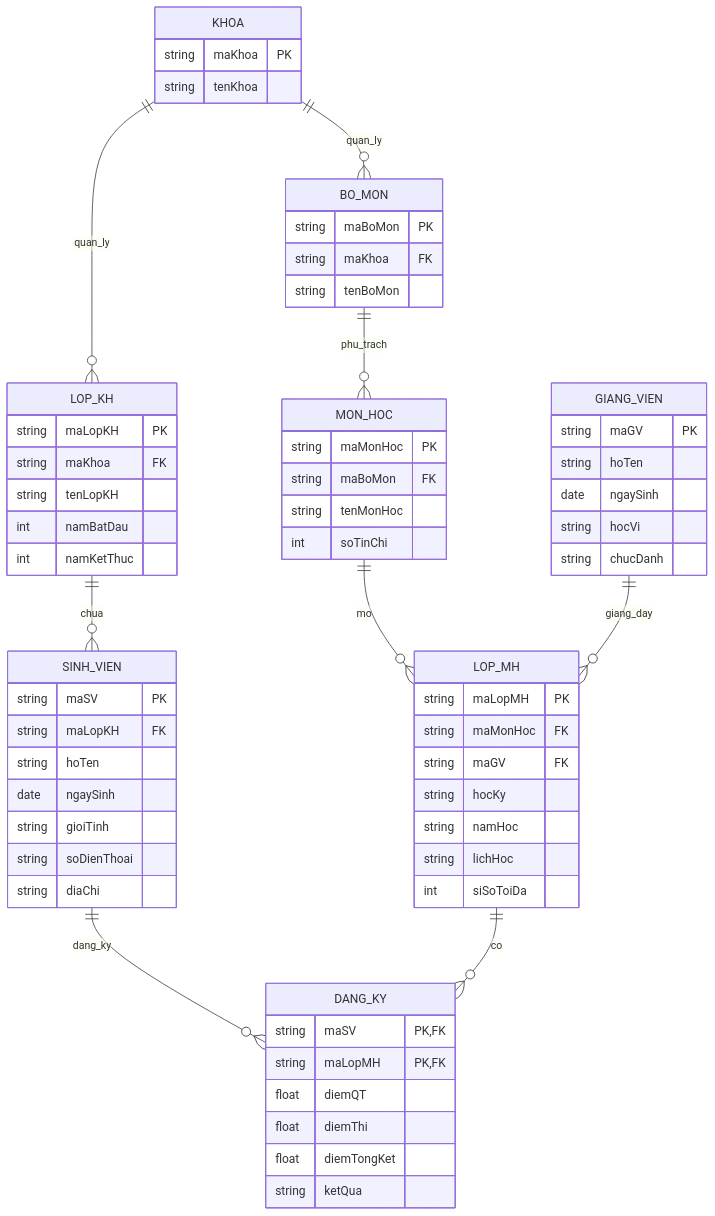
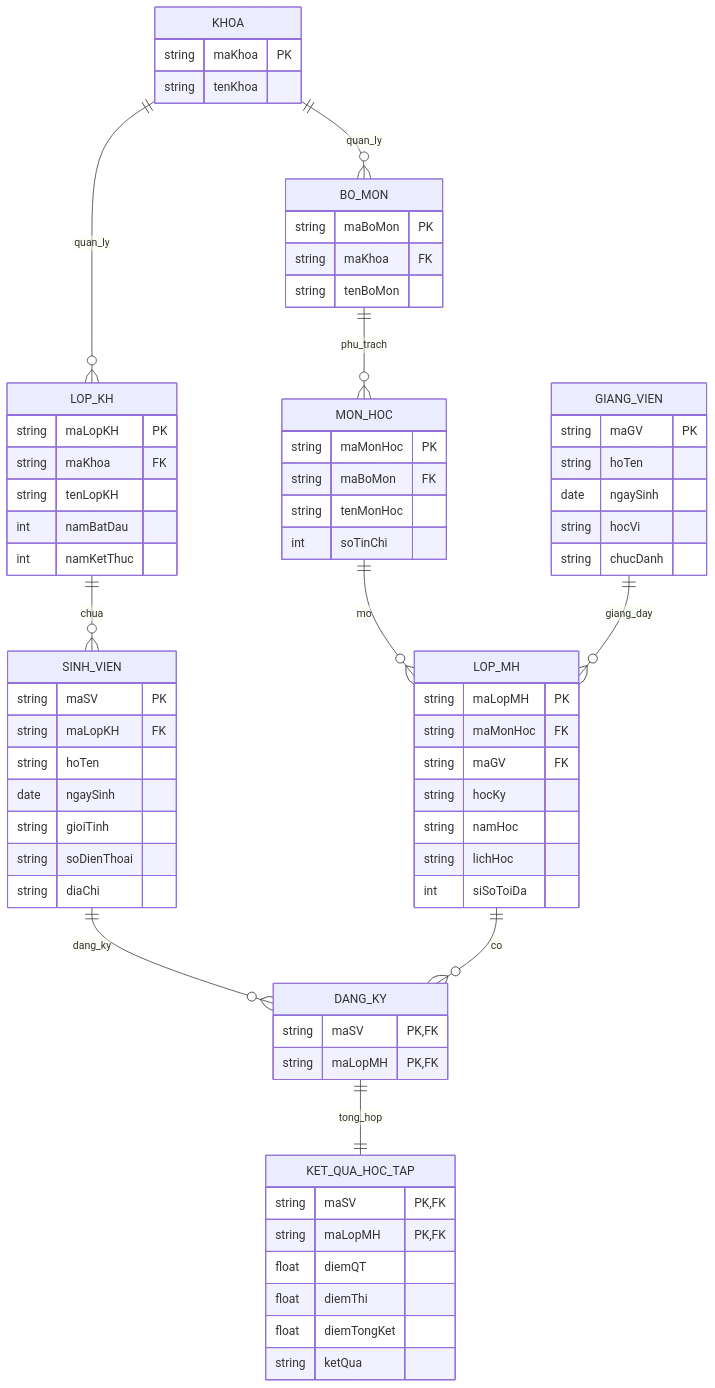
One commit to 0023413684-crypto/quan-ly-sinh-vien changed the diagram in README.md. Above: the diagram before and after it, drawn with Mermaid.

````diff
--- a/README.md
+++ b/README.md
@@ -1,74 +1,80 @@
 ```mermaid
   erDiagram
     KHOA ||--o{ BO_MON : quan_ly
     KHOA ||--o{ LOP_KH : quan_ly
     BO_MON ||--o{ MON_HOC : phu_trach
     LOP_KH ||--o{ SINH_VIEN : chua
     MON_HOC ||--o{ LOP_MH : mo
     GIANG_VIEN ||--o{ LOP_MH : giang_day
     SINH_VIEN ||--o{ DANG_KY : dang_ky
     LOP_MH ||--o{ DANG_KY : co
+    DANG_KY ||--|| KET_QUA_HOC_TAP : tong_hop
 
     KHOA {
         string maKhoa PK
         string tenKhoa
     }
 
     BO_MON {
         string maBoMon PK
         string maKhoa FK
         string tenBoMon
     }
 
     LOP_KH {
         string maLopKH PK
         string maKhoa FK
         string tenLopKH
         int namBatDau
         int namKetThuc
     }
 
     MON_HOC {
         string maMonHoc PK
         string maBoMon FK
         string tenMonHoc
         int soTinChi
     }
 
     SINH_VIEN {
         string maSV PK
         string maLopKH FK
         string hoTen
         date ngaySinh
         string gioiTinh
         string soDienThoai
         string diaChi
     }
 
     GIANG_VIEN {
         string maGV PK
         string hoTen
         date ngaySinh
         string hocVi
         string chucDanh
     }
 
     LOP_MH {
         string maLopMH PK
         string maMonHoc FK
         string maGV FK
         string hocKy
         string namHoc
         string lichHoc
         int siSoToiDa
     }
 
     DANG_KY {
         string maSV PK, FK
         string maLopMH PK, FK
+    }
+
+    KET_QUA_HOC_TAP {
+        string maSV PK, FK
+        string maLopMH PK, FK
         float diemQT
         float diemThi
         float diemTongKet
         string ketQua
     }
 ```
````
